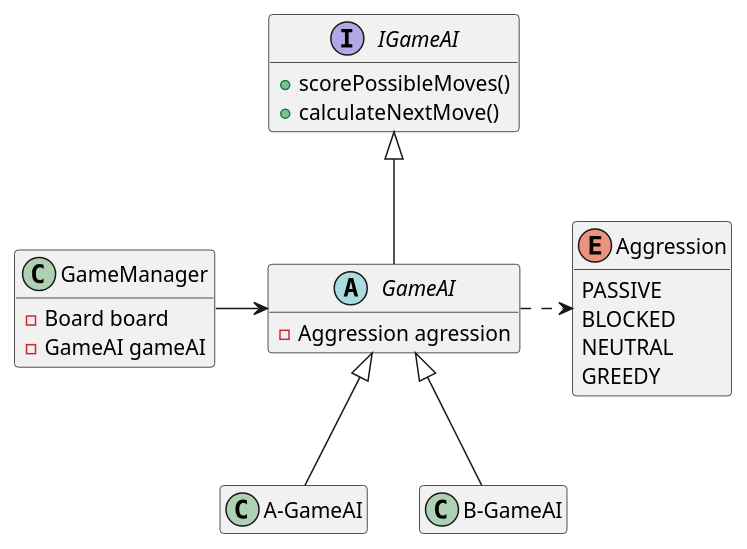
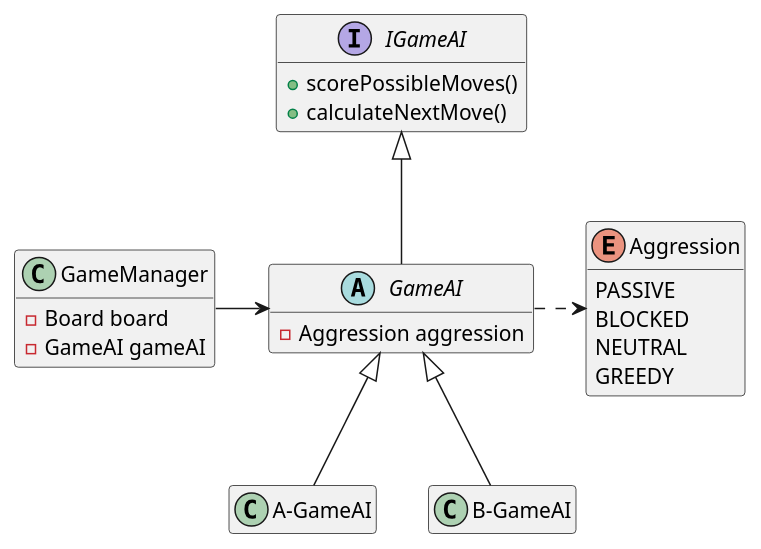
One commit to binu-manoharan/CGBF changed the diagram in docs/game-ai.puml. Above: the diagram before and after it, drawn with PlantUML.

Commit message:
Correct typo.

```diff
--- a/docs/game-ai.puml
+++ b/docs/game-ai.puml
@@ -1,36 +1,36 @@
 @startuml
 
 hide empty fields
 hide empty method
 
 class GameManager {
     - Board board
     - GameAI gameAI
 }
 
 interface IGameAI {
     + scorePossibleMoves()
     + calculateNextMove()
 }
 abstract class GameAI extends IGameAI {
-    - Aggression agression
+    - Aggression aggression
 }
 
 class A-GameAI extends GameAI {
 
 }
 
 class B-GameAI extends GameAI {
 
 }
 
 enum Aggression {
     PASSIVE
     BLOCKED
     NEUTRAL
     GREEDY
 }
 
 GameAI ..r> Aggression
 GameManager --r> GameAI
 @enduml
```
